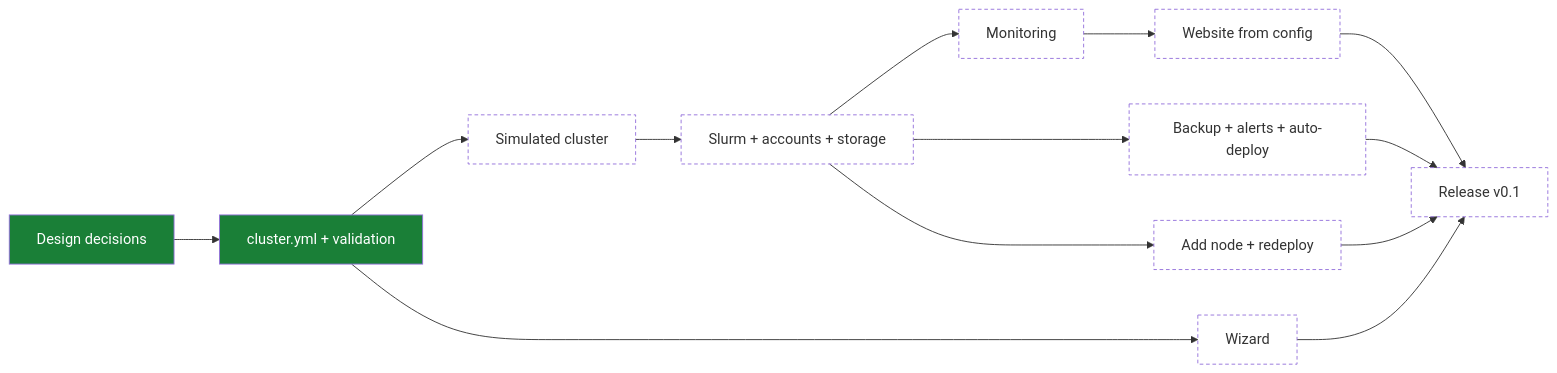
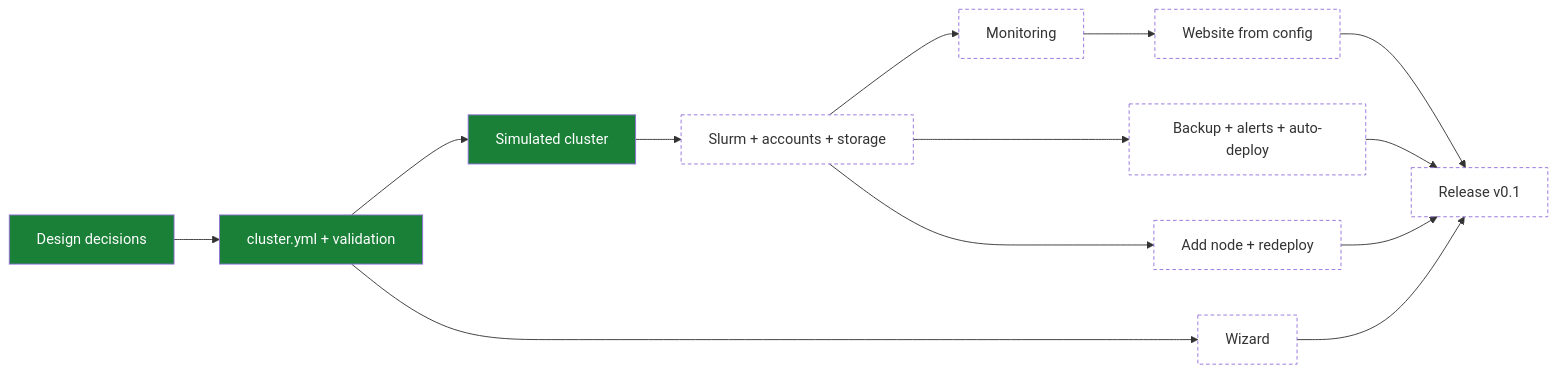
One commit to enajx/nanoHPC changed the diagram in TODO.md. Above: the diagram before and after it, drawn with Mermaid. The commit also changed other lines of this file and 2 other files, not shown here.

Commit message:
Close the simulated cluster milestone after the Linux check passed
- TODO.md: Linux x86 item done, roadmap diagram updated
- PROJECT.md: simulated cluster phase done, status and next step
- md/DONE.md: Linux run recorded

````diff
--- a/TODO.md
+++ b/TODO.md
@@ -11,19 +11,19 @@
 ```mermaid
 flowchart LR
   classDef done fill:#1a7f37,color:#fff
   classDef wip fill:#d4a72c,color:#000
   classDef queued fill:none,stroke-dasharray:4 3
 
   D[Design decisions]:::done --> C[cluster.yml + validation]:::done
-  C --> SIM[Simulated cluster]:::queued
+  C --> SIM[Simulated cluster]:::done
   SIM --> S[Slurm + accounts + storage]:::queued
   S --> M[Monitoring]:::queued
   M --> W[Website from config]:::queued
   S --> BK[Backup + alerts + auto-deploy]:::queued
   C --> WZ[Wizard]:::queued
   S --> N[Add node + redeploy]:::queued
   W --> R[Release v0.1]:::queued
   BK --> R
   WZ --> R
   N --> R
 ```
````
